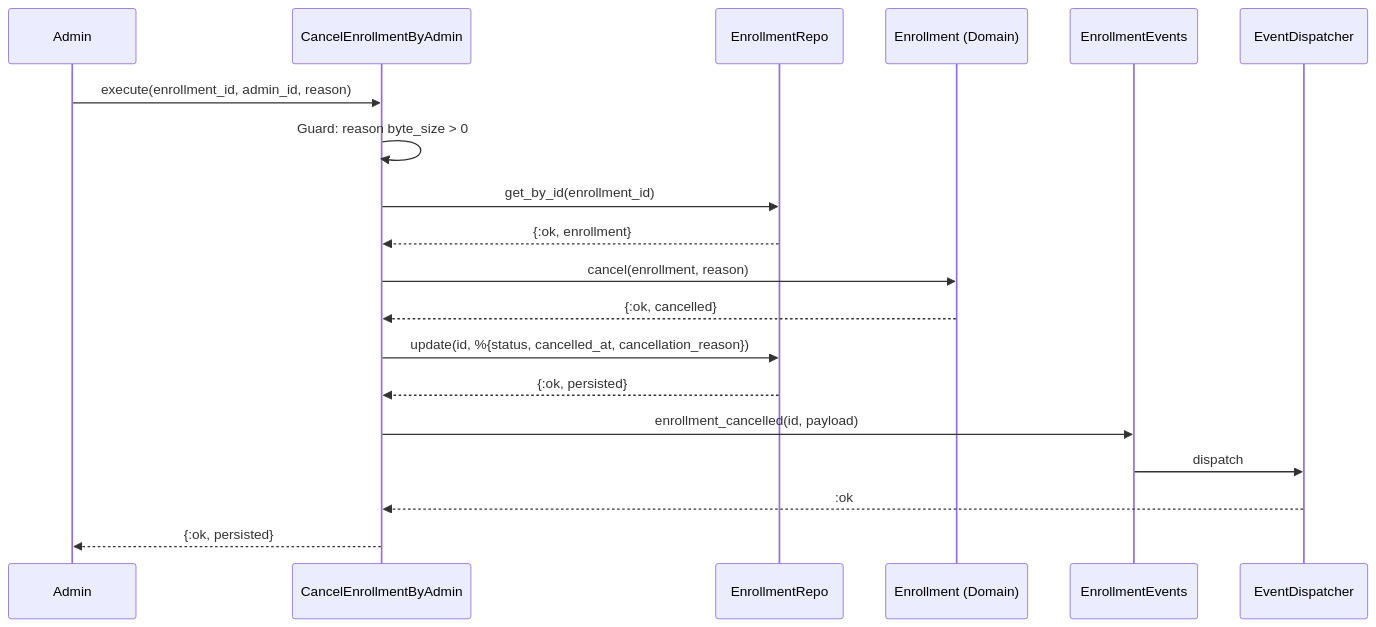
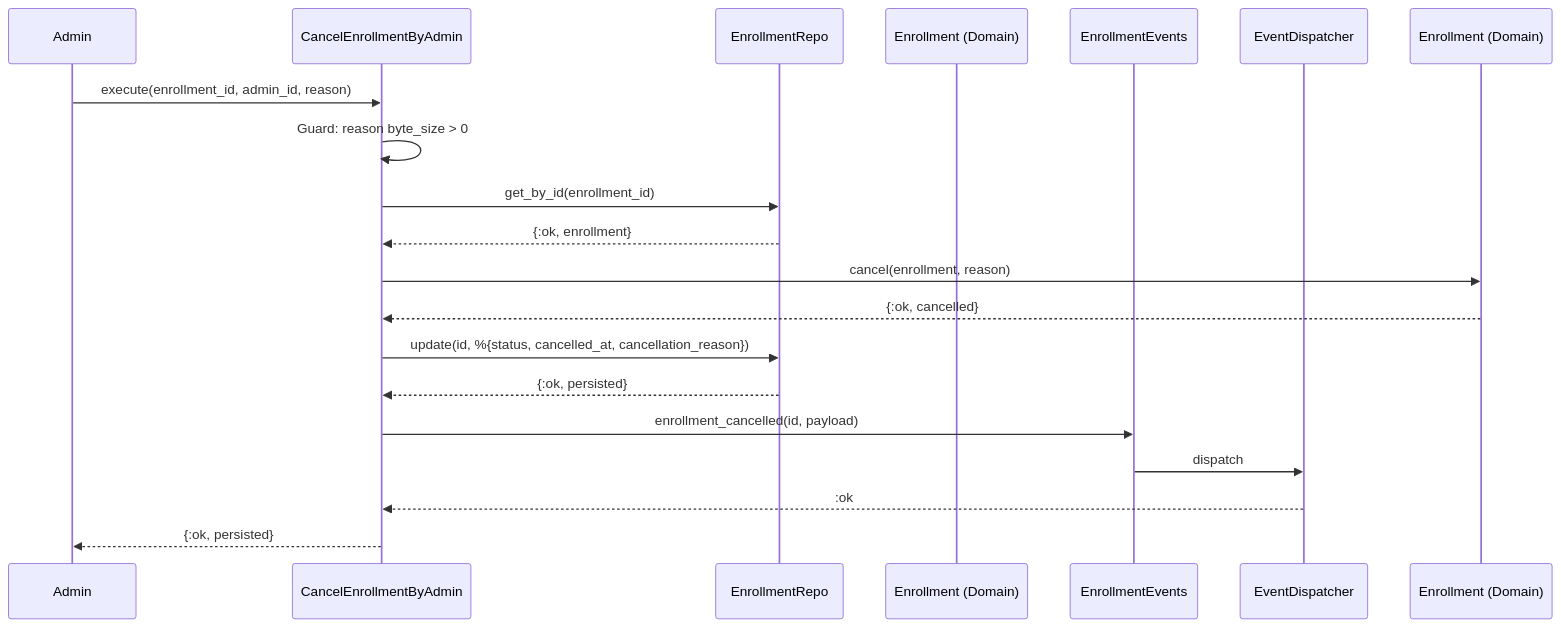
The second of 3 diagrams in docs/contexts/enrollment/features/enrollment-status-lifecycle.md (MaxPayne89/prime-youth), drawn with Mermaid before and after one commit. The commit also changed 4 other files, not shown here.

First line of the commit message:
fix: use Mermaid alias syntax for participant names with parentheses

````diff
--- a/docs/contexts/enrollment/features/enrollment-status-lifecycle.md
+++ b/docs/contexts/enrollment/features/enrollment-status-lifecycle.md
@@ -92,22 +92,22 @@
 ```mermaid
 sequenceDiagram
     participant Admin
     participant CancelEnrollmentByAdmin
     participant EnrollmentRepo
-    participant Enrollment (Domain)
+    participant Enrollment as Enrollment (Domain)
     participant EnrollmentEvents
     participant EventDispatcher
 
     Admin->>CancelEnrollmentByAdmin: execute(enrollment_id, admin_id, reason)
     CancelEnrollmentByAdmin->>CancelEnrollmentByAdmin: Guard: reason byte_size > 0
     CancelEnrollmentByAdmin->>EnrollmentRepo: get_by_id(enrollment_id)
     EnrollmentRepo-->>CancelEnrollmentByAdmin: {:ok, enrollment}
     CancelEnrollmentByAdmin->>Enrollment (Domain): cancel(enrollment, reason)
     Enrollment (Domain)-->>CancelEnrollmentByAdmin: {:ok, cancelled}
     CancelEnrollmentByAdmin->>EnrollmentRepo: update(id, %{status, cancelled_at, cancellation_reason})
     EnrollmentRepo-->>CancelEnrollmentByAdmin: {:ok, persisted}
     CancelEnrollmentByAdmin->>EnrollmentEvents: enrollment_cancelled(id, payload)
     EnrollmentEvents->>EventDispatcher: dispatch
     EventDispatcher-->>CancelEnrollmentByAdmin: :ok
     CancelEnrollmentByAdmin-->>Admin: {:ok, persisted}
 ```
````
